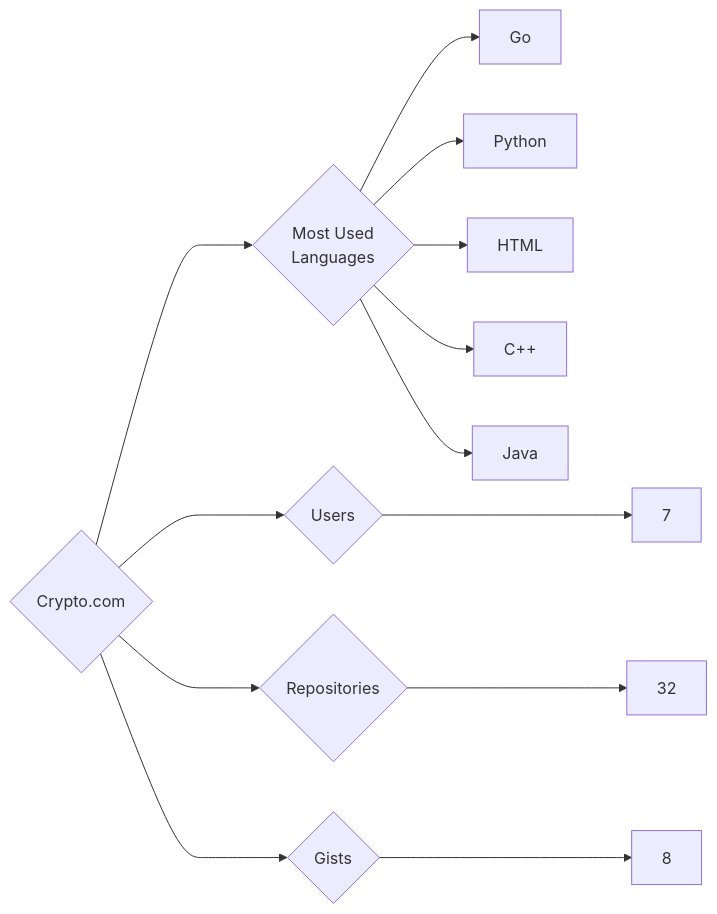
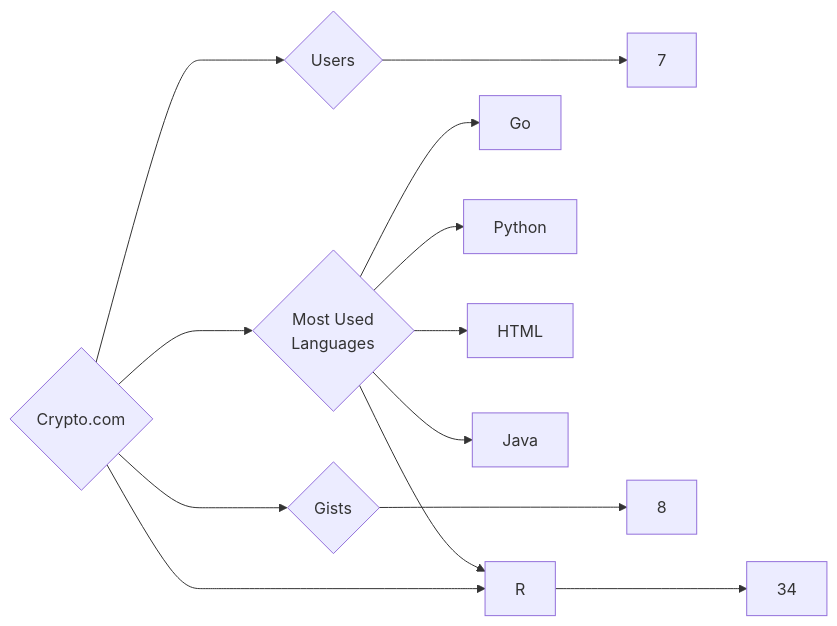
Before and after one commit to trickest/insiders: the diagram in targets/Crypto.com/README.md, drawn with Mermaid. The commit also changed 1092 other files, not shown here.

````diff
--- a/targets/Crypto.com/README.md
+++ b/targets/Crypto.com/README.md
@@ -3,13 +3,13 @@
 ```mermaid
 graph LR
 COMPANY_NAME{Crypto.com}
 COMPANY_NAME ---> U{Users} ---> UN[7]
-COMPANY_NAME ---> R{Repositories} ---> RN[32]
+COMPANY_NAME ---> R{Repositories} ---> RN[34]
 COMPANY_NAME ---> G{Gists} ---> GN[8]
 COMPANY_NAME ---> ML{Most Used<br>Languages}
 ML --> Go[Go]
 ML --> Python[Python]
 ML --> HTML[HTML]
-ML --> C++[C++]
+ML --> R[R]
 ML --> Java[Java]
 ```
````
